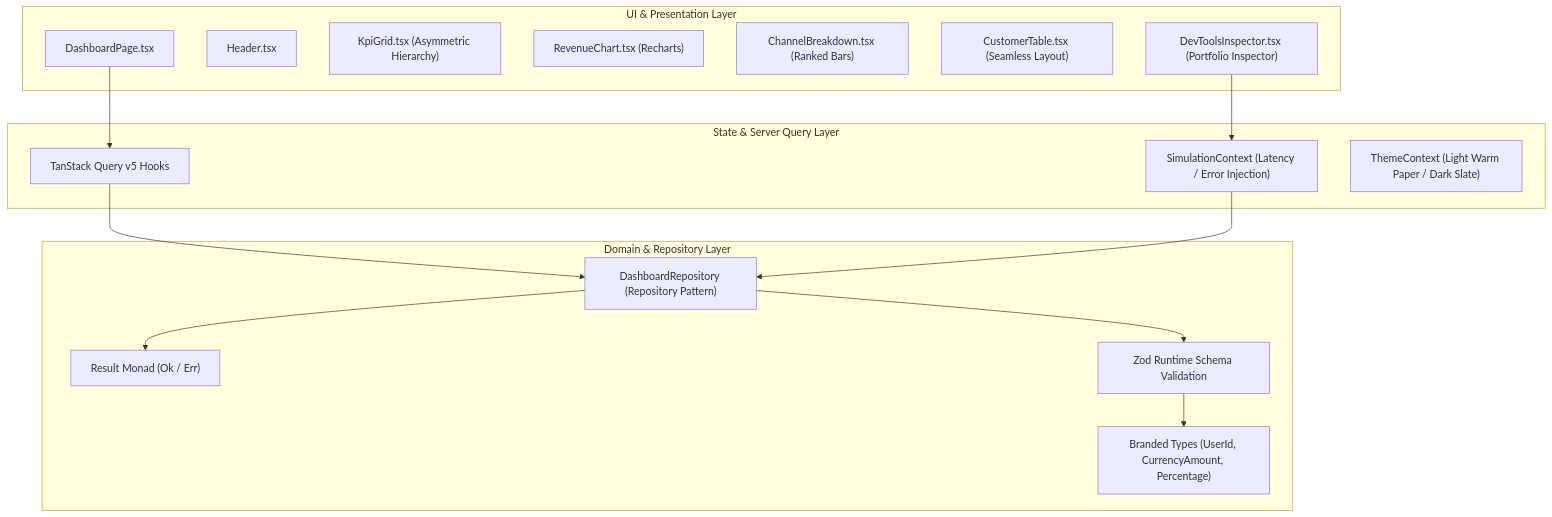
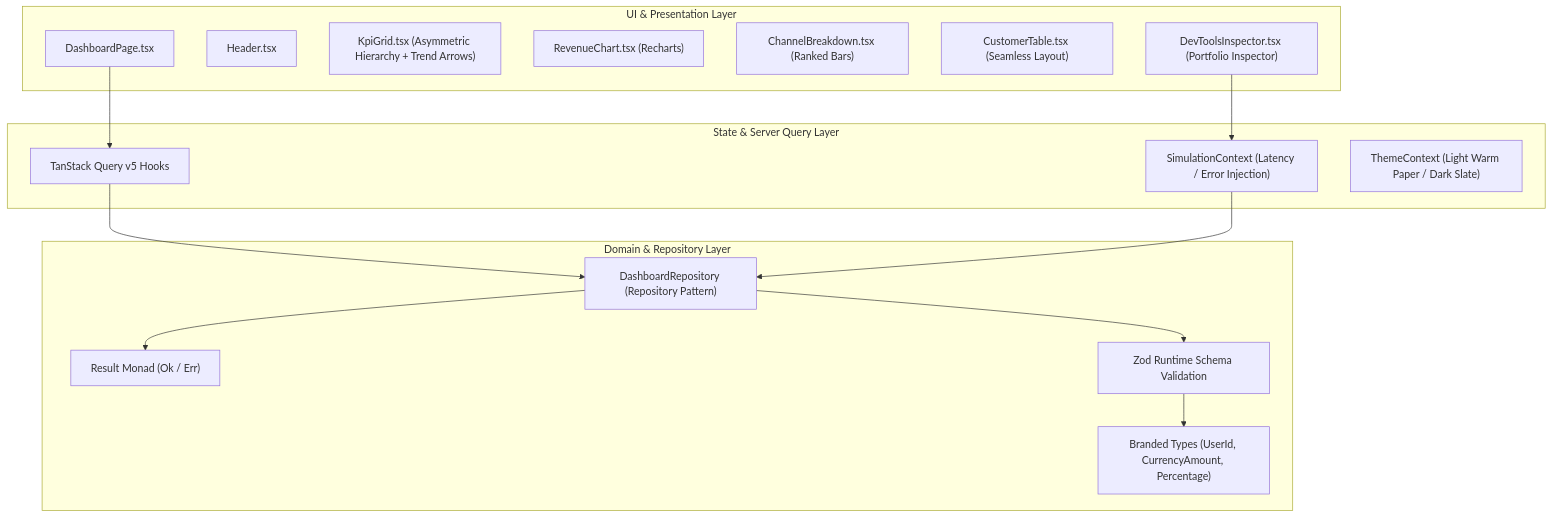
One commit to nadiaescobbb/flowboard-ui changed the diagram in README.md. Above: the diagram before and after it, drawn with Mermaid. The commit also changed other lines of this file, not shown here.

````diff
--- a/README.md
+++ b/README.md
@@ -36,33 +36,33 @@
 ```mermaid
 flowchart TD
     subgraph UI Layer ["UI & Presentation Layer"]
       DashboardPage["DashboardPage.tsx"]
       Header["Header.tsx"]
-      KpiGrid["KpiGrid.tsx (Asymmetric Hierarchy)"]
+      KpiGrid["KpiGrid.tsx (Asymmetric Hierarchy + Trend Arrows)"]
       RevenueChart["RevenueChart.tsx (Recharts)"]
       ChannelBreakdown["ChannelBreakdown.tsx (Ranked Bars)"]
       CustomerTable["CustomerTable.tsx (Seamless Layout)"]
       DevToolsInspector["DevToolsInspector.tsx (Portfolio Inspector)"]
     end
 
     subgraph StateLayer ["State & Server Query Layer"]
       TQ["TanStack Query v5 Hooks"]
       SimCtx["SimulationContext (Latency / Error Injection)"]
       ThemeCtx["ThemeContext (Light Warm Paper / Dark Slate)"]
     end
 
     subgraph DomainLayer ["Domain & Repository Layer"]
       Repo["DashboardRepository (Repository Pattern)"]
       ResultMonad["Result Monad (Ok / Err)"]
       ZodValidation["Zod Runtime Schema Validation"]
       BrandedTypes["Branded Types (UserId, CurrencyAmount, Percentage)"]
     end
 
     DashboardPage --> TQ
     TQ --> Repo
     Repo --> ResultMonad
     Repo --> ZodValidation
     ZodValidation --> BrandedTypes
     DevToolsInspector --> SimCtx
     SimCtx --> Repo
 ```
````
